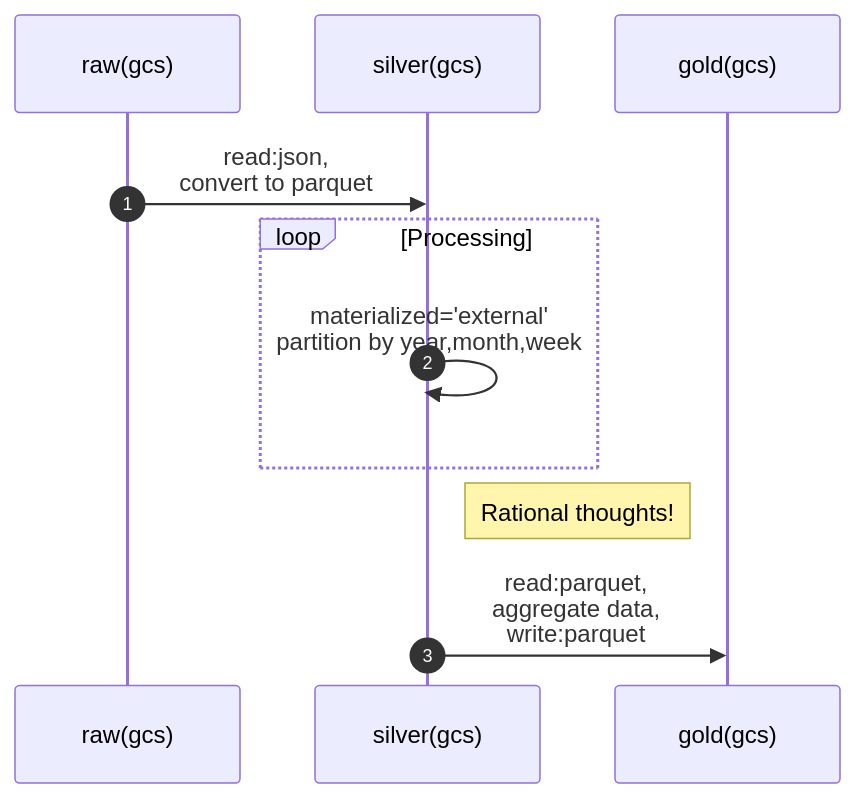
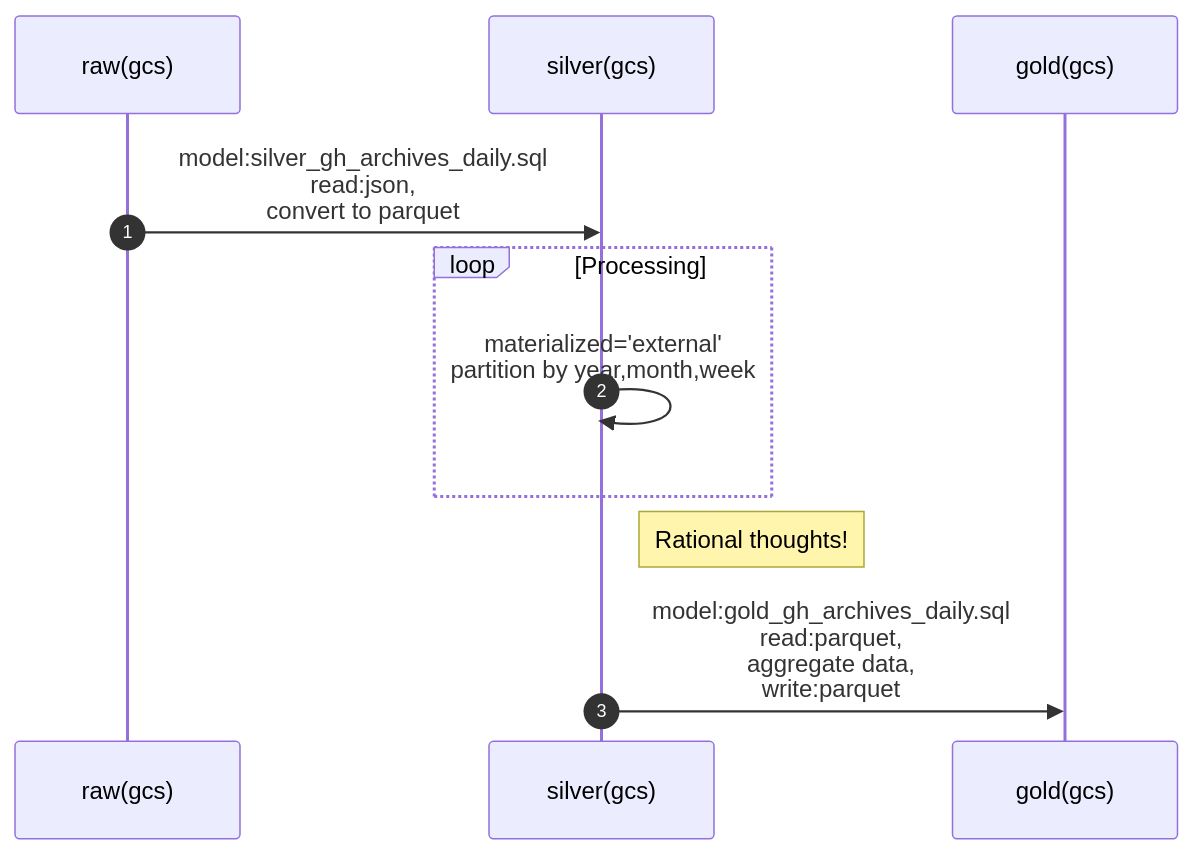
The diagram in README.md (srikanthkote/trade_dbt_project), drawn with Mermaid before and after one commit.

````diff
--- a/README.md
+++ b/README.md
@@ -13,14 +13,14 @@
 ```mermaid
 sequenceDiagram
   participant Alice as raw(gcs)
   participant John as silver(gcs)
   participant Bob as gold(gcs)
 
   autonumber
-  Alice ->> John: read:json, <br>convert to parquet
+  Alice ->> John: model:silver_gh_archives_daily.sql <br>read:json, <br>convert to parquet
   loop Processing
     John ->> John: materialized='external' <br> partition by year,month,week
   end
   Note right of John: Rational thoughts!
-  John ->> Bob: read:parquet, <br>aggregate data, <br>write:parquet
+  John ->> Bob: model:gold_gh_archives_daily.sql <br>read:parquet, <br>aggregate data, <br>write:parquet
 ```
````
